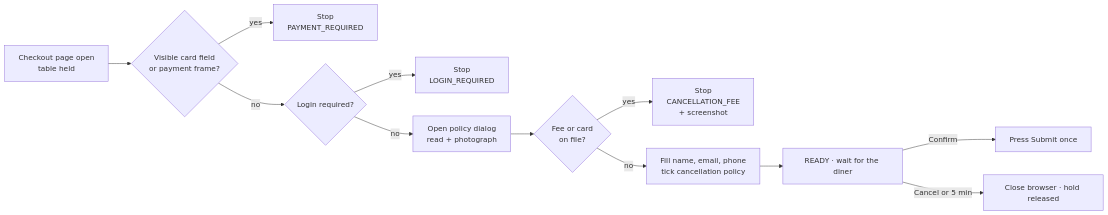
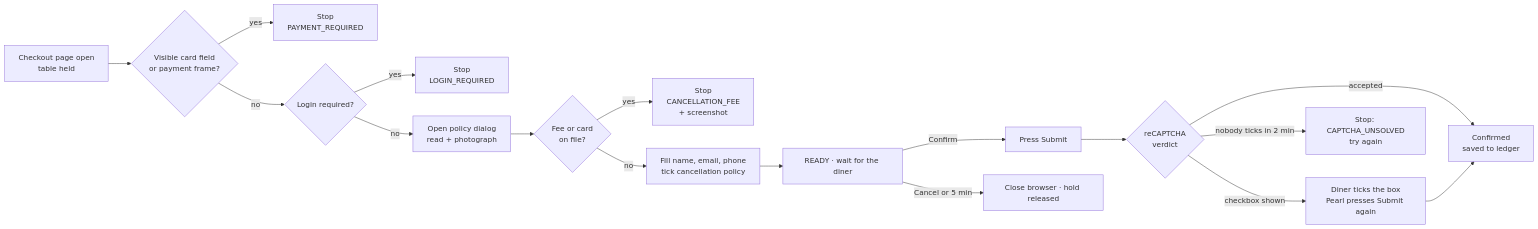
One commit to Dileep2896/pearl-table-concierge changed the fifth of 7 diagrams in ARCHITECTURE.md. Above: the diagram before and after it, drawn with Mermaid. The commit also changed other lines of this file and 2 other files, not shown here.

Commit message:
Docs: reCAPTCHA checkbox path in the diagrams, proof of a real booking, the false-rejection fix in the audit

````diff
--- a/ARCHITECTURE.md
+++ b/ARCHITECTURE.md
@@ -87,14 +94,19 @@
 ```mermaid
 flowchart LR
   A[Checkout page open<br/>table held] --> B{Visible card field<br/>or payment frame?}
   B -->|yes| B1[Stop<br/>PAYMENT_REQUIRED]
   B -->|no| C{Login required?}
   C -->|yes| C1[Stop<br/>LOGIN_REQUIRED]
   C -->|no| D[Open policy dialog<br/>read + photograph]
   D --> E{Fee or card<br/>on file?}
   E -->|yes| E1[Stop<br/>CANCELLATION_FEE<br/>+ screenshot]
   E -->|no| F[Fill name, email, phone<br/>tick cancellation policy]
   F --> G[READY · wait for the diner]
-  G -->|Confirm| H[Press Submit once]
+  G -->|Confirm| H[Press Submit]
+  H --> J{reCAPTCHA<br/>verdict}
+  J -->|accepted| K[Confirmed<br/>saved to ledger]
+  J -->|checkbox shown| L[Diner ticks the box<br/>Pearl presses Submit again]
+  L --> K
+  J -->|nobody ticks in 2 min| M[Stop: CAPTCHA_UNSOLVED<br/>try again]
   G -->|Cancel or 5 min| I[Close browser · hold released]
 ```
````
